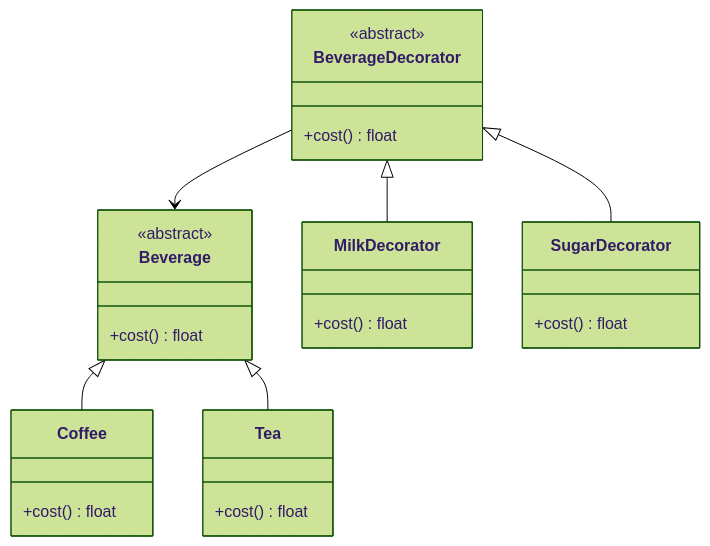
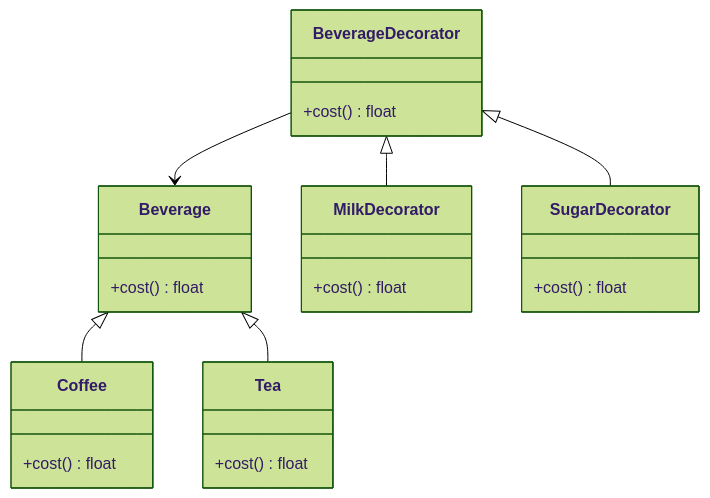
Before and after one commit to SashaKuh/OOP: the diagram in Palamar Valentyn/lab12/README.md, drawn with Mermaid (forest theme). The commit also changed other lines of this file, not shown here.

````diff
--- a/Palamar Valentyn/lab12/README.md
+++ b/Palamar Valentyn/lab12/README.md
@@ -73,35 +96,33 @@
 ```mermaid
 classDiagram
     class Beverage {
-        <<abstract>>
         +cost() float
     }
     
     class Coffee {
         +cost() float
     }
     
     class Tea {
         +cost() float
     }
     
     class BeverageDecorator {
-        <<abstract>>
         +cost() float
     }
     
     class MilkDecorator {
         +cost() float
     }
     
     class SugarDecorator {
         +cost() float
     }
     
     Beverage <|-- Coffee
     Beverage <|-- Tea
     BeverageDecorator <|-- MilkDecorator
     BeverageDecorator <|-- SugarDecorator
     BeverageDecorator --> Beverage
 
 ```
````
